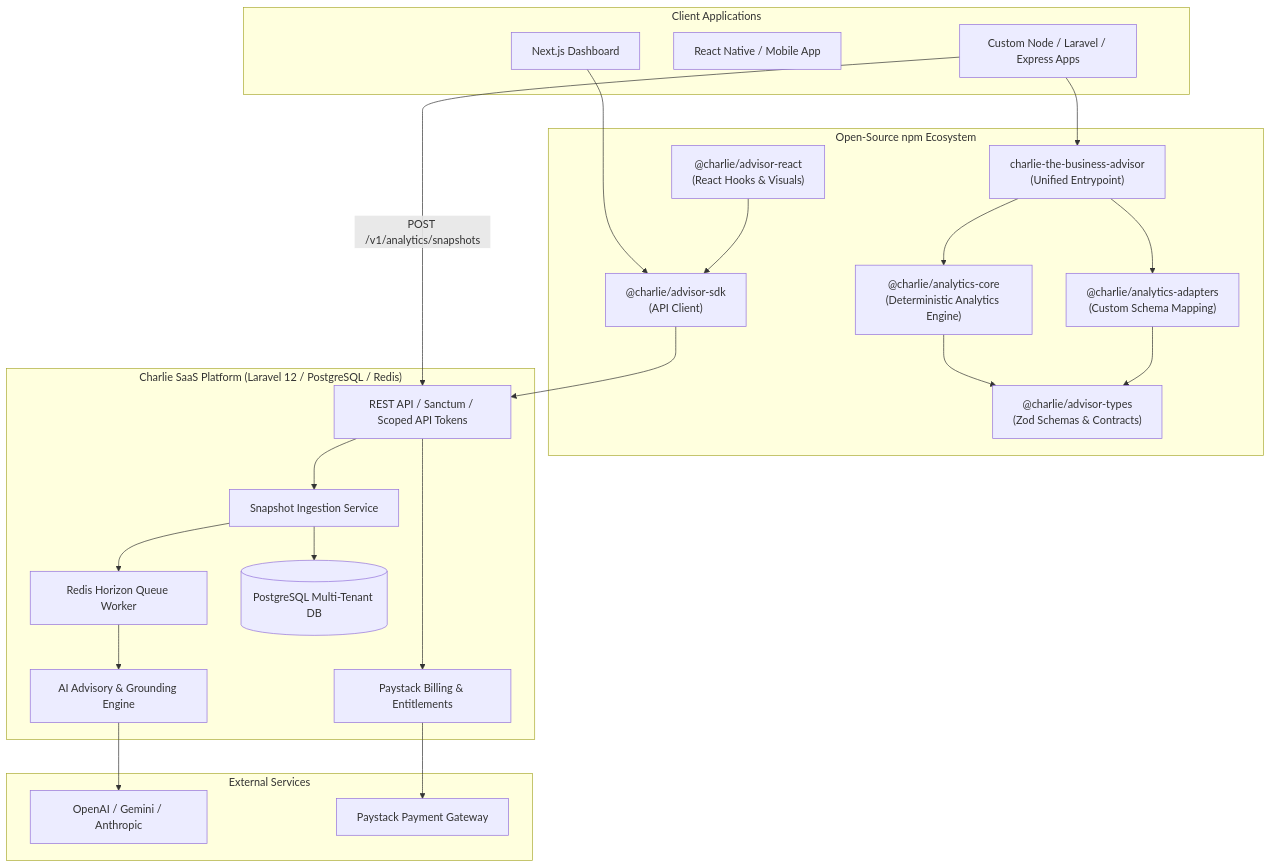
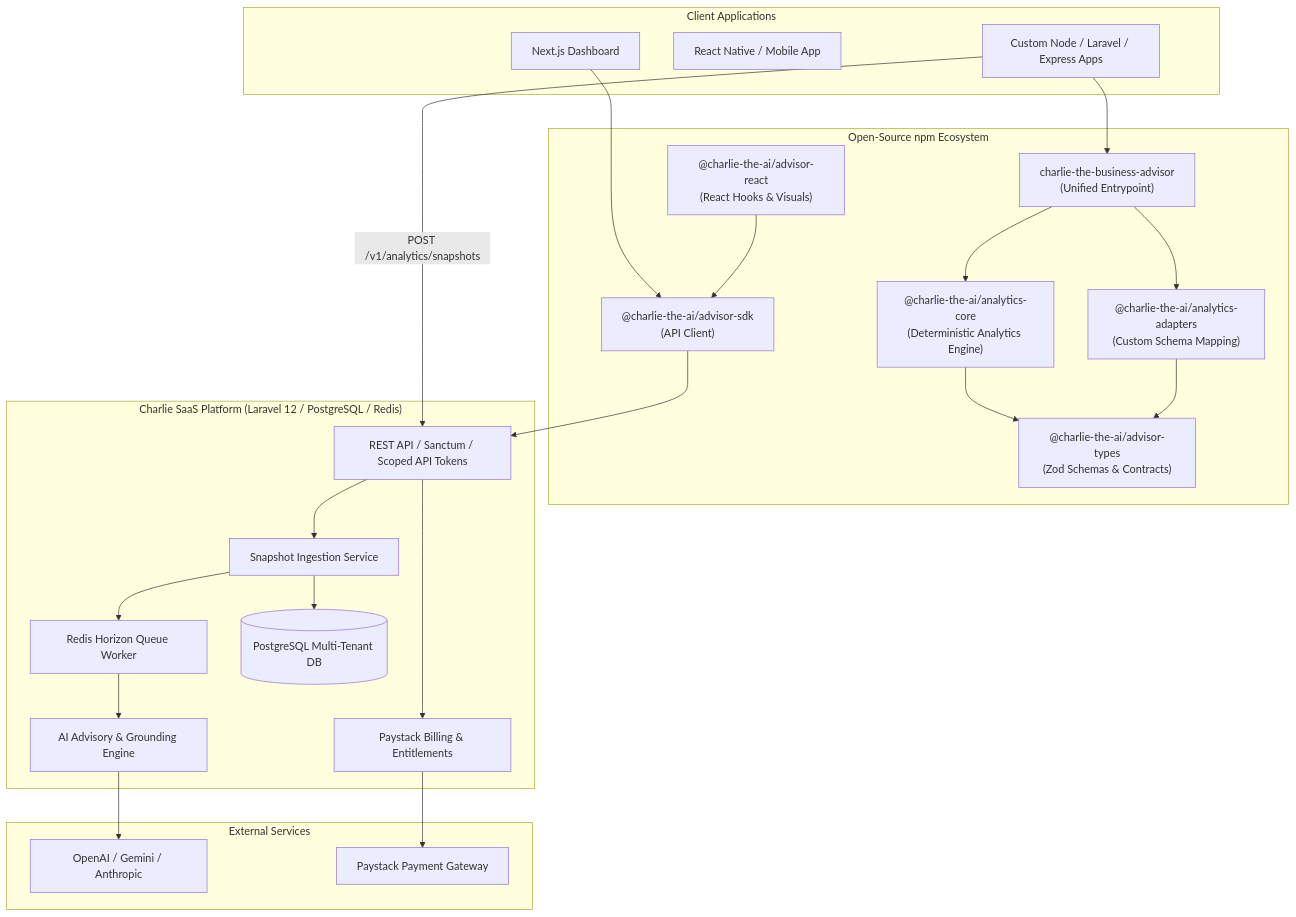
Before and after one commit to Charlie-The-AI/charlie-the-business-advisor: the diagram in docs/architecture/ARCHITECTURE.md, drawn with Mermaid. The commit also changed other lines of this file and 40 other files, not shown here.

````diff
--- a/docs/architecture/ARCHITECTURE.md
+++ b/docs/architecture/ARCHITECTURE.md
@@ -11,49 +11,49 @@
 ```mermaid
 graph TD
     subgraph ClientApplications ["Client Applications"]
         Web[Next.js Dashboard]
         Mobile[React Native / Mobile App]
         CustomBackends[Custom Node / Laravel / Express Apps]
     end
 
     subgraph OpenSourceEngine ["Open-Source npm Ecosystem"]
-        Types["@charlie/advisor-types\n(Zod Schemas & Contracts)"]
-        Core["@charlie/analytics-core\n(Deterministic Analytics Engine)"]
-        Adapters["@charlie/analytics-adapters\n(Custom Schema Mapping)"]
-        SDK["@charlie/advisor-sdk\n(API Client)"]
-        ReactPkg["@charlie/advisor-react\n(React Hooks & Visuals)"]
+        Types["@charlie-the-ai/advisor-types\n(Zod Schemas & Contracts)"]
+        Core["@charlie-the-ai/analytics-core\n(Deterministic Analytics Engine)"]
+        Adapters["@charlie-the-ai/analytics-adapters\n(Custom Schema Mapping)"]
+        SDK["@charlie-the-ai/advisor-sdk\n(API Client)"]
+        ReactPkg["@charlie-the-ai/advisor-react\n(React Hooks & Visuals)"]
         Umbrella["charlie-the-business-advisor\n(Unified Entrypoint)"]
     end
 
     subgraph SaaSPlatform ["Charlie SaaS Platform (Laravel 12 / PostgreSQL / Redis)"]
         Gateway[REST API / Sanctum / Scoped API Tokens]
         Ingest[Snapshot Ingestion Service]
         Queue[Redis Horizon Queue Worker]
         DB[(PostgreSQL Multi-Tenant DB)]
         Billing[Paystack Billing & Entitlements]
         AIOrchestrator[AI Advisory & Grounding Engine]
     end
 
     subgraph ExternalProviders ["External Services"]
         LLM[OpenAI / Gemini / Anthropic]
         Paystack[Paystack Payment Gateway]
     end
 
     CustomBackends --> Umbrella
     Umbrella --> Core
     Umbrella --> Adapters
     Core --> Types
     Adapters --> Types
     CustomBackends -->|POST /v1/analytics/snapshots| Gateway
     Web --> SDK
     ReactPkg --> SDK
     SDK --> Gateway
 
     Gateway --> Ingest
     Ingest --> DB
     Ingest --> Queue
     Queue --> AIOrchestrator
     AIOrchestrator --> LLM
     Gateway --> Billing
     Billing --> Paystack
 ```
````
